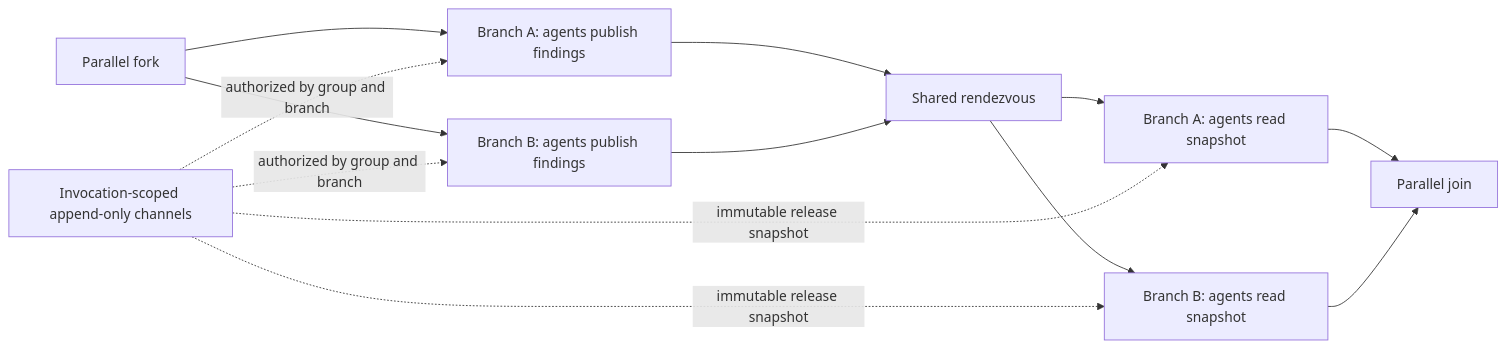
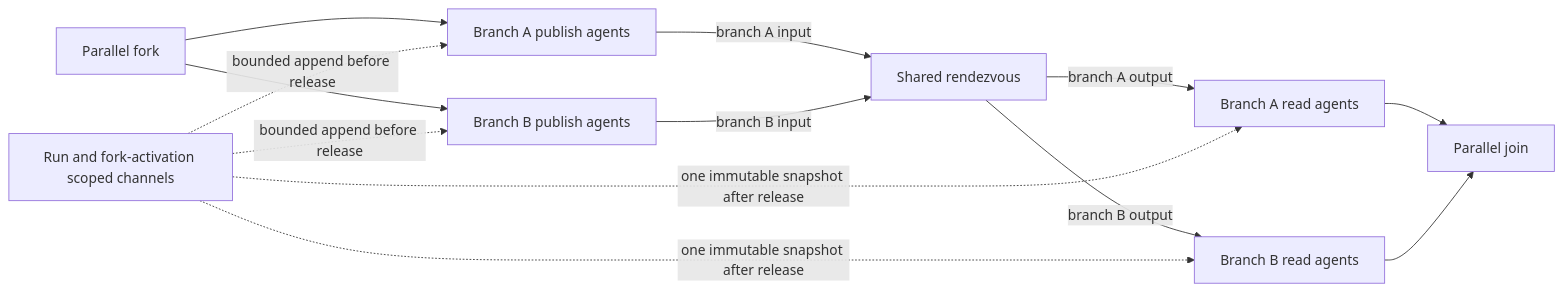
The diagram in docs/parallel-agent-collaboration.md (gnalvesteffer/visual-agent-workflow), drawn with Mermaid before and after one commit. The commit also changed other lines of this file and 42 other files, not shown here.

Commit message:
Implement bounded parallel collaboration and reconciliation records

````diff
--- a/docs/parallel-agent-collaboration.md
+++ b/docs/parallel-agent-collaboration.md
@@ -9,15 +11,15 @@
 ```mermaid
 flowchart LR
-    Fork["Parallel fork"] --> A1["Branch A: agents publish findings"]
-    Fork --> B1["Branch B: agents publish findings"]
-    A1 --> BA["Shared rendezvous"]
-    B1 --> BA
-    BA --> A2["Branch A: agents read snapshot"]
-    BA --> B2["Branch B: agents read snapshot"]
-    A2 --> Join["Parallel join"]
-    B2 --> Join
-    Board["Invocation-scoped append-only channels"] -. "authorized by group and branch" .-> A1
-    Board -. "authorized by group and branch" .-> B1
-    Board -. "immutable release snapshot" .-> A2
-    Board -. "immutable release snapshot" .-> B2
+    F["Parallel fork"] --> A1["Branch A publish agents"]
+    F --> B1["Branch B publish agents"]
+    A1 -->|"branch A input"| R["Shared rendezvous"]
+    B1 -->|"branch B input"| R
+    R -->|"branch A output"| A2["Branch A read agents"]
+    R -->|"branch B output"| B2["Branch B read agents"]
+    A2 --> J["Parallel join"]
+    B2 --> J
+    Board["Run and fork-activation scoped channels"] -. "bounded append before release" .-> A1
+    Board -. "bounded append before release" .-> B1
+    Board -. "one immutable snapshot after release" .-> A2
+    Board -. "one immutable snapshot after release" .-> B2
 ```
````
